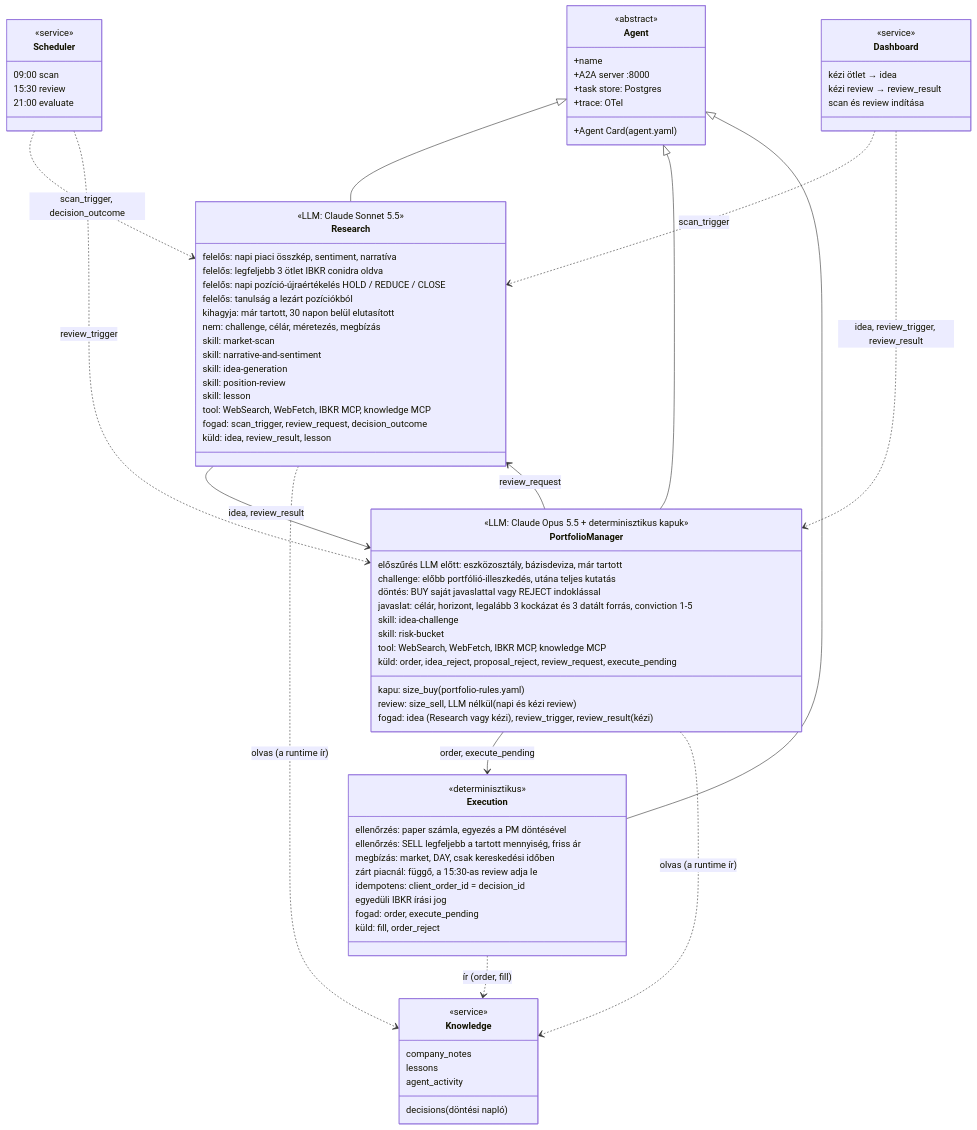
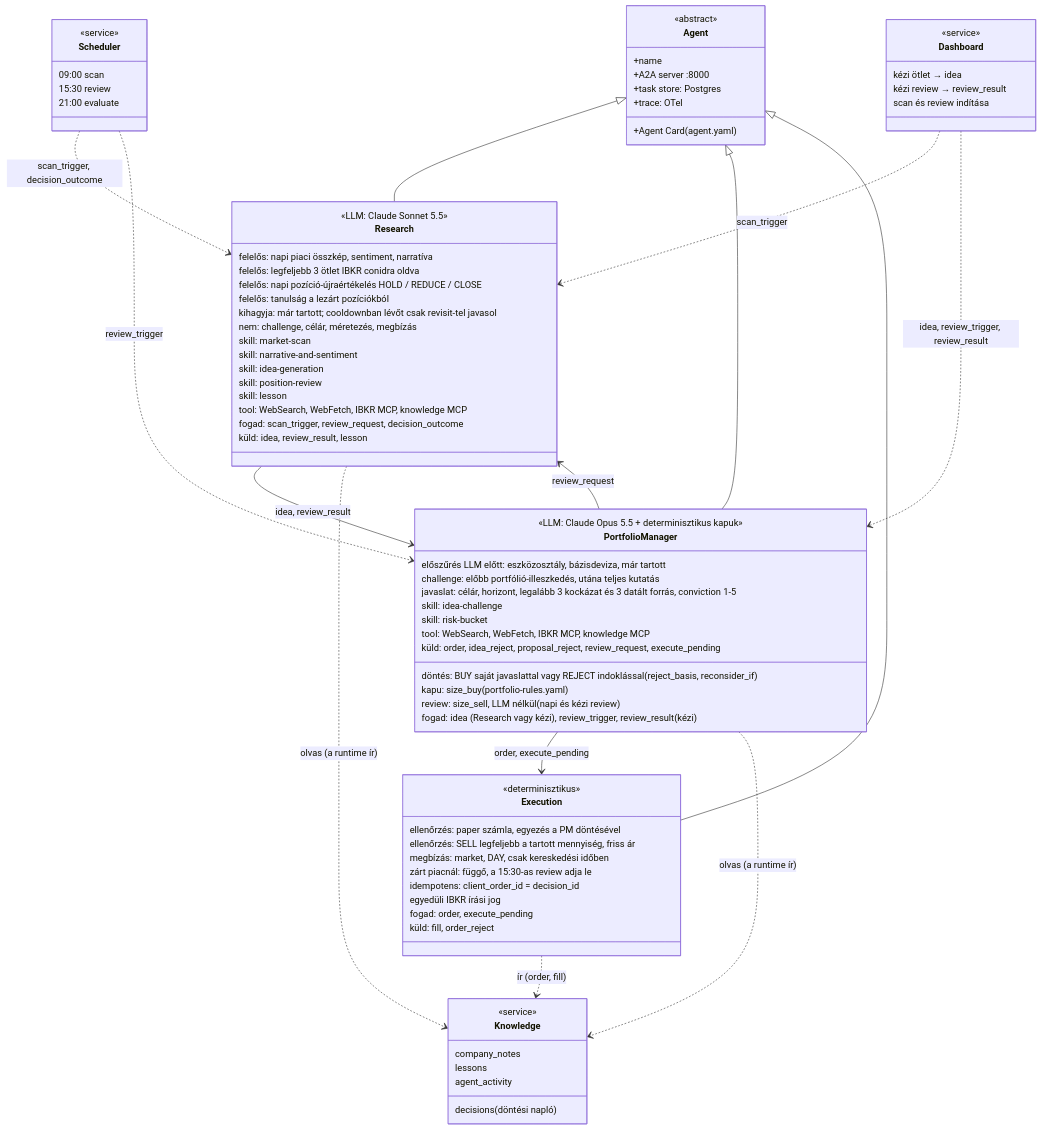
Before and after one commit to medovarszki/auxin-agentic-investment-organization: the eighth of 9 diagrams in README.md, drawn with Mermaid. The commit also changed other lines of this file and 22 other files, not shown here.

```diff
--- a/README.md
+++ b/README.md
@@ -454,7 +462,7 @@
         felelős: legfeljebb 3 ötlet IBKR conidra oldva
         felelős: napi pozíció-újraértékelés HOLD / REDUCE / CLOSE
         felelős: tanulság a lezárt pozíciókból
-        kihagyja: már tartott, 30 napon belül elutasított
+        kihagyja: már tartott; cooldownban lévőt csak revisit-tel javasol
         nem: challenge, célár, méretezés, megbízás
         skill: market-scan
         skill: narrative-and-sentiment
@@ -470,7 +478,7 @@
         <<LLM: Claude Opus 5.5 + determinisztikus kapuk>>
         előszűrés LLM előtt: eszközosztály, bázisdeviza, már tartott
         challenge: előbb portfólió-illeszkedés, utána teljes kutatás
-        döntés: BUY saját javaslattal vagy REJECT indoklással
+        döntés: BUY saját javaslattal vagy REJECT indoklással (reject_basis, reconsider_if)
         javaslat: célár, horizont, legalább 3 kockázat és 3 datált forrás, conviction 1-5
         skill: idea-challenge
         skill: risk-bucket
```
